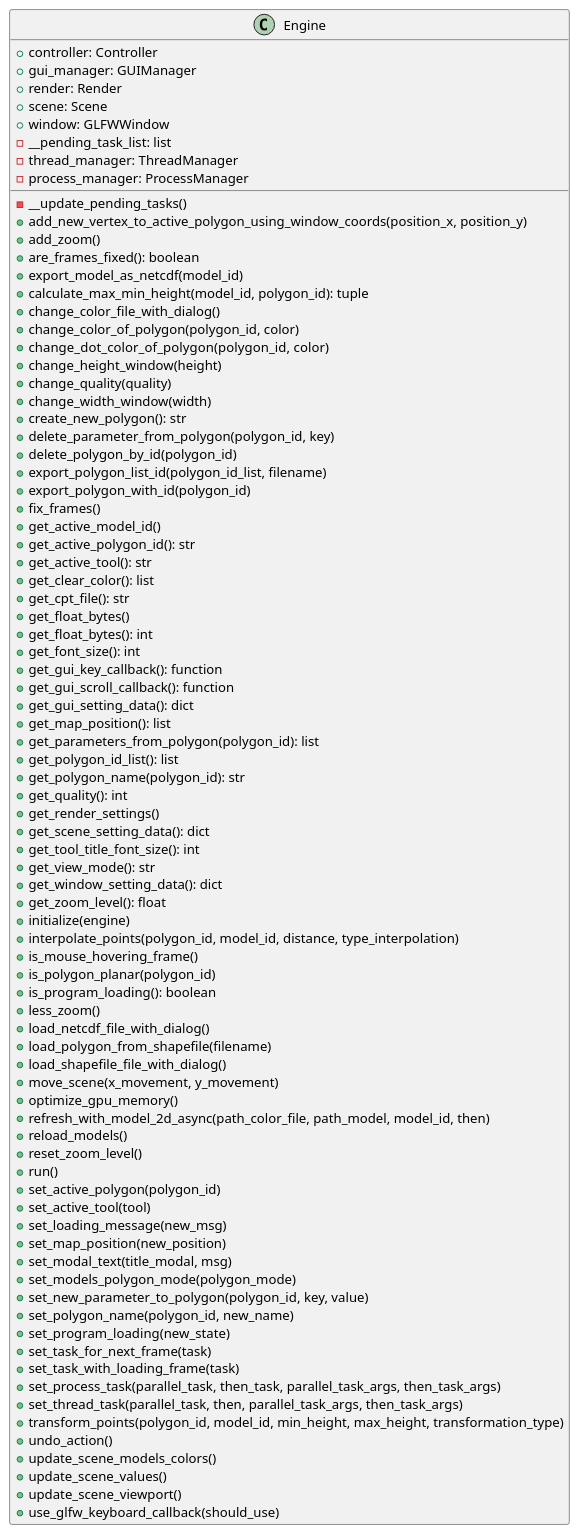
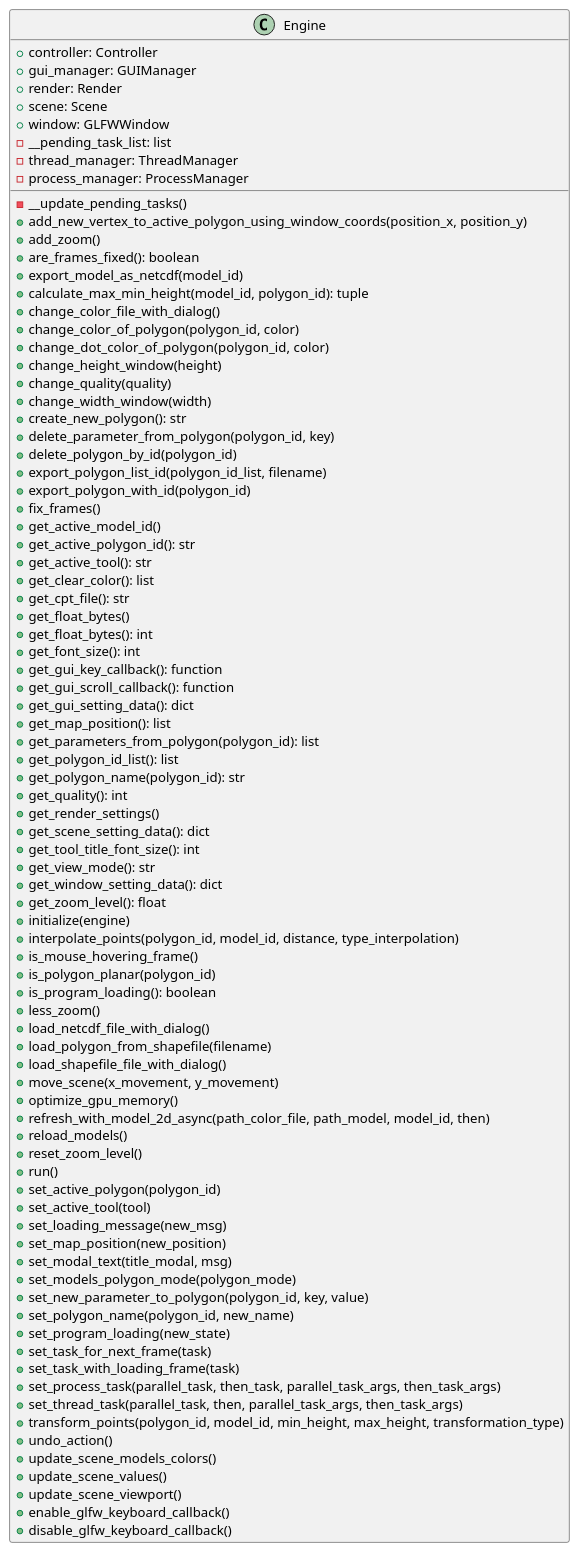
One commit to ferpoble2/Relief_Creator changed the diagram in docs/classes/Engine.puml. Above: the diagram before and after it, drawn with PlantUML. The commit also changed 4 other files, not shown here.

Commit message:
Changed functions to enable and disable

```diff
--- a/docs/classes/Engine.puml
+++ b/docs/classes/Engine.puml
@@ -1,88 +1,89 @@
 @startuml
 class Engine {
     + controller: Controller
     + gui_manager: GUIManager
     + render: Render
     + scene: Scene
     + window: GLFWWindow
     - __pending_task_list: list
     - thread_manager: ThreadManager
     - process_manager: ProcessManager
 
     - __update_pending_tasks()
     + add_new_vertex_to_active_polygon_using_window_coords(position_x, position_y)
     + add_zoom()
     + are_frames_fixed(): boolean
     + export_model_as_netcdf(model_id)
     + calculate_max_min_height(model_id, polygon_id): tuple
     + change_color_file_with_dialog()
     + change_color_of_polygon(polygon_id, color)
     + change_dot_color_of_polygon(polygon_id,  color)
     + change_height_window(height)
     + change_quality(quality)
     + change_width_window(width)
     + create_new_polygon(): str
     + delete_parameter_from_polygon(polygon_id, key)
     + delete_polygon_by_id(polygon_id)
     + export_polygon_list_id(polygon_id_list, filename)
     + export_polygon_with_id(polygon_id)
     + fix_frames()
     + get_active_model_id()
     + get_active_polygon_id(): str
     + get_active_tool(): str
     + get_clear_color(): list
     + get_cpt_file(): str
     + get_float_bytes()
     + get_float_bytes(): int
     + get_font_size(): int
     + get_gui_key_callback(): function
     + get_gui_scroll_callback(): function
     + get_gui_setting_data(): dict
     + get_map_position(): list
     + get_parameters_from_polygon(polygon_id): list
     + get_polygon_id_list(): list
     + get_polygon_name(polygon_id): str
     + get_quality(): int
     + get_render_settings()
     + get_scene_setting_data(): dict
     + get_tool_title_font_size(): int
     + get_view_mode(): str
     + get_window_setting_data(): dict
     + get_zoom_level(): float
     + initialize(engine)
     + interpolate_points(polygon_id, model_id, distance, type_interpolation)
     + is_mouse_hovering_frame()
     + is_polygon_planar(polygon_id)
     + is_program_loading(): boolean
     + less_zoom()
     + load_netcdf_file_with_dialog()
     + load_polygon_from_shapefile(filename)
     + load_shapefile_file_with_dialog()
     + move_scene(x_movement, y_movement)
     + optimize_gpu_memory()
     + refresh_with_model_2d_async(path_color_file, path_model, model_id, then)
     + reload_models()
     + reset_zoom_level()
     + run()
     + set_active_polygon(polygon_id)
     + set_active_tool(tool)
     + set_loading_message(new_msg)
     + set_map_position(new_position)
     + set_modal_text(title_modal, msg)
     + set_models_polygon_mode(polygon_mode)
     + set_new_parameter_to_polygon(polygon_id, key, value)
     + set_polygon_name(polygon_id, new_name)
     + set_program_loading(new_state)
     + set_task_for_next_frame(task)
     + set_task_with_loading_frame(task)
     + set_process_task(parallel_task, then_task, parallel_task_args, then_task_args)
     + set_thread_task(parallel_task, then, parallel_task_args, then_task_args)
     + transform_points(polygon_id, model_id, min_height, max_height, transformation_type)
     + undo_action()
     + update_scene_models_colors()
     + update_scene_values()
     + update_scene_viewport()
-    + use_glfw_keyboard_callback(should_use)
+    + enable_glfw_keyboard_callback()
+    + disable_glfw_keyboard_callback()
 }
 
 @enduml
```
